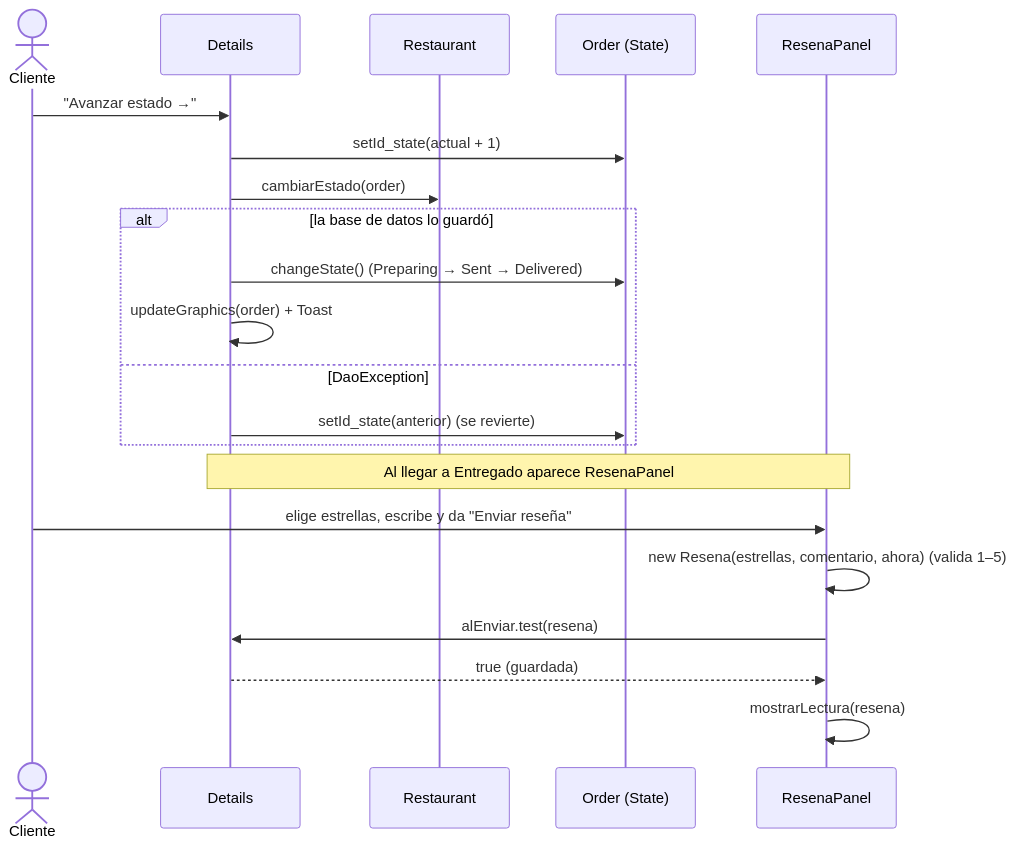
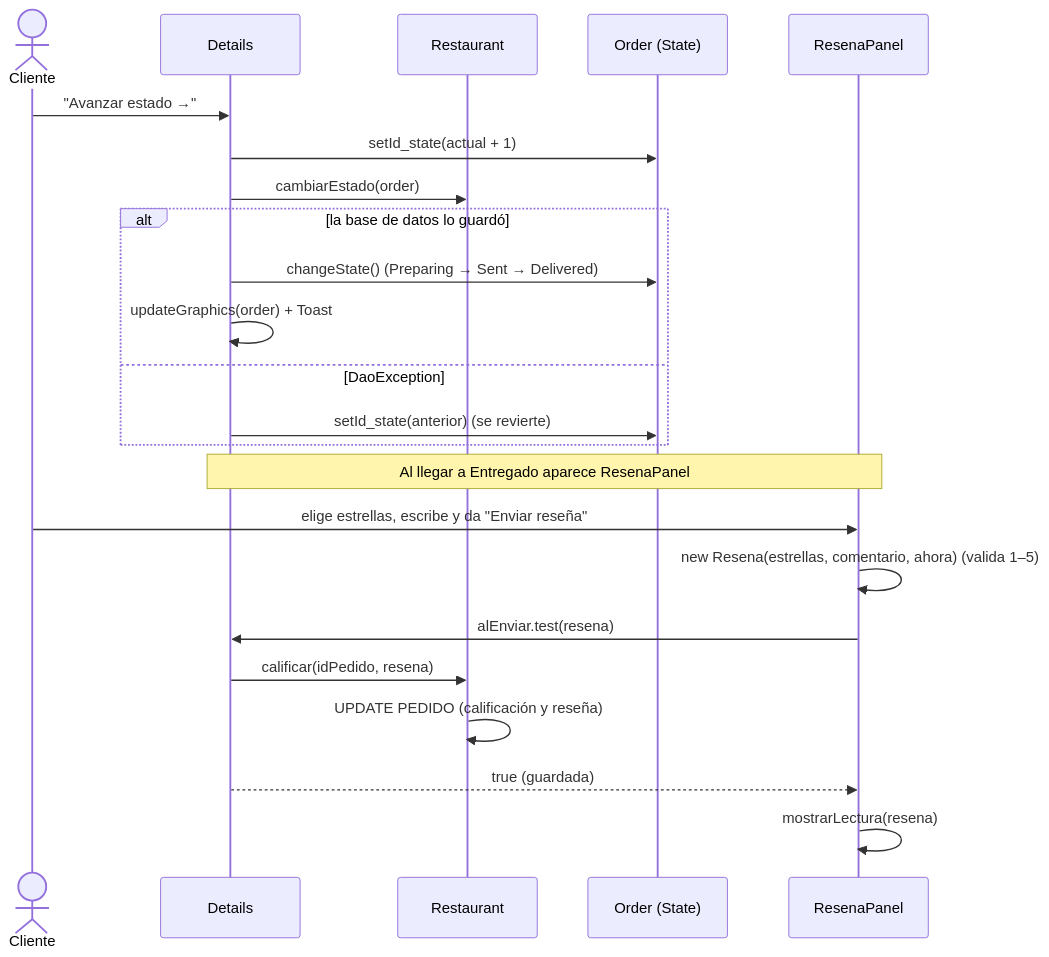
Before and after one commit to Jesusjes00/Le-cartoon-Gourtmet: the fifth of 5 diagrams in docs/REFERENCIA_TECNICA.md, drawn with Mermaid. The commit also changed other lines of this file and 13 other files, not shown here.

Commit message:
Solo Oracle: se elimina SQLite (DAOs, sqlite-jdbc, Restaurant.db) y las reseñas se guardan en PEDIDO.CALIFICACION/RESENA

````diff
--- a/docs/REFERENCIA_TECNICA.md
+++ b/docs/REFERENCIA_TECNICA.md
@@ -743,24 +759,26 @@
 ```mermaid
 sequenceDiagram
     actor C as Cliente
     participant D as Details
     participant R as Restaurant
     participant O as Order (State)
     participant RP as ResenaPanel
 
     C->>D: "Avanzar estado →"
     D->>O: setId_state(actual + 1)
     D->>R: cambiarEstado(order)
     alt la base de datos lo guardó
         D->>O: changeState()  (Preparing → Sent → Delivered)
         D->>D: updateGraphics(order) + Toast
     else DaoException
         D->>O: setId_state(anterior)  (se revierte)
     end
     Note over D,RP: Al llegar a Entregado aparece ResenaPanel
     C->>RP: elige estrellas, escribe y da "Enviar reseña"
     RP->>RP: new Resena(estrellas, comentario, ahora)  (valida 1–5)
     RP->>D: alEnviar.test(resena)
+    D->>R: calificar(idPedido, resena)
+    R->>R: UPDATE PEDIDO (calificación y reseña)
     D-->>RP: true  (guardada)
     RP->>RP: mostrarLectura(resena)
 ```
````
